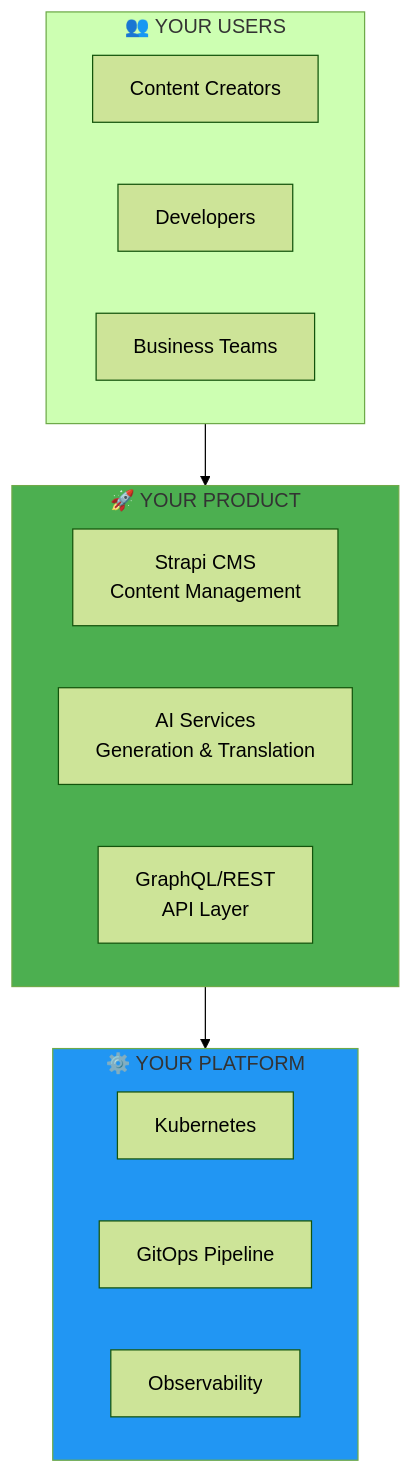
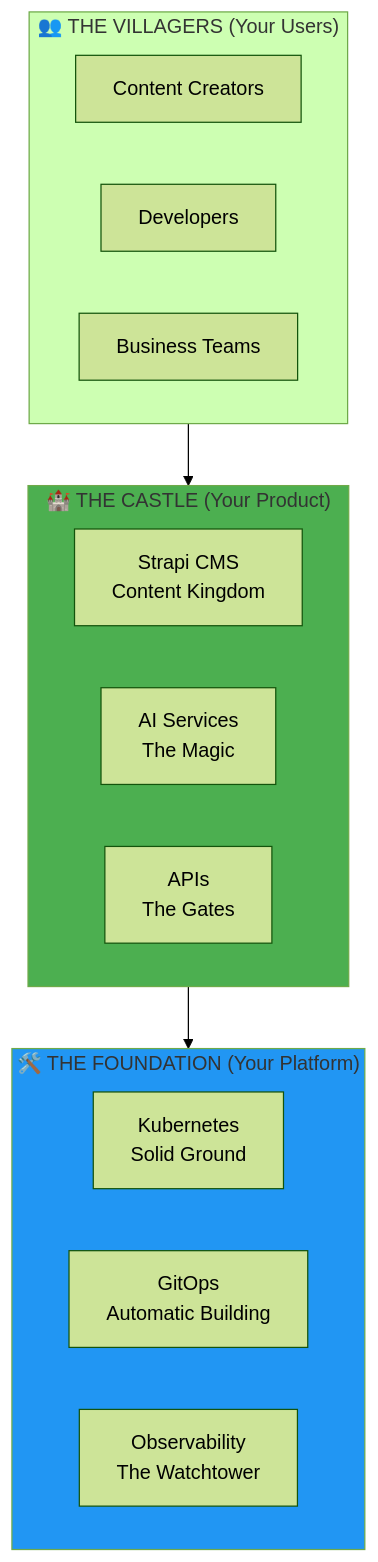
The second of 7 diagrams in DevOps/README.md (PearlThoughtsInternship/Internship-Obsidian-Vault), drawn with Mermaid (forest theme) before and after one commit. The commit also changed other lines of this file and 1 other file, not shown here.

````diff
--- a/DevOps/README.md
+++ b/DevOps/README.md
@@ -24,26 +62,26 @@
 ```mermaid
 flowchart TB
-    subgraph Product["🚀 YOUR PRODUCT"]
-        CMS["Strapi CMS<br/>Content Management"]
-        AI["AI Services<br/>Generation & Translation"]
-        API["GraphQL/REST<br/>API Layer"]
+    subgraph Product["🏰 THE CASTLE (Your Product)"]
+        CMS["Strapi CMS<br/>Content Kingdom"]
+        AI["AI Services<br/>The Magic"]
+        API["APIs<br/>The Gates"]
     end
 
-    subgraph Users["👥 YOUR USERS"]
+    subgraph Users["👥 THE VILLAGERS (Your Users)"]
         Creators["Content Creators"]
         Devs["Developers"]
         Business["Business Teams"]
     end
 
-    subgraph Platform["⚙️ YOUR PLATFORM"]
-        K8s["Kubernetes"]
-        GitOps["GitOps Pipeline"]
-        Obs["Observability"]
+    subgraph Platform["🛠️ THE FOUNDATION (Your Platform)"]
+        K8s["Kubernetes<br/>Solid Ground"]
+        GitOps["GitOps<br/>Automatic Building"]
+        Obs["Observability<br/>The Watchtower"]
     end
 
     Users --> Product
     Product --> Platform
 
     style Product fill:#4CAF50
     style Platform fill:#2196F3
 ```
````
